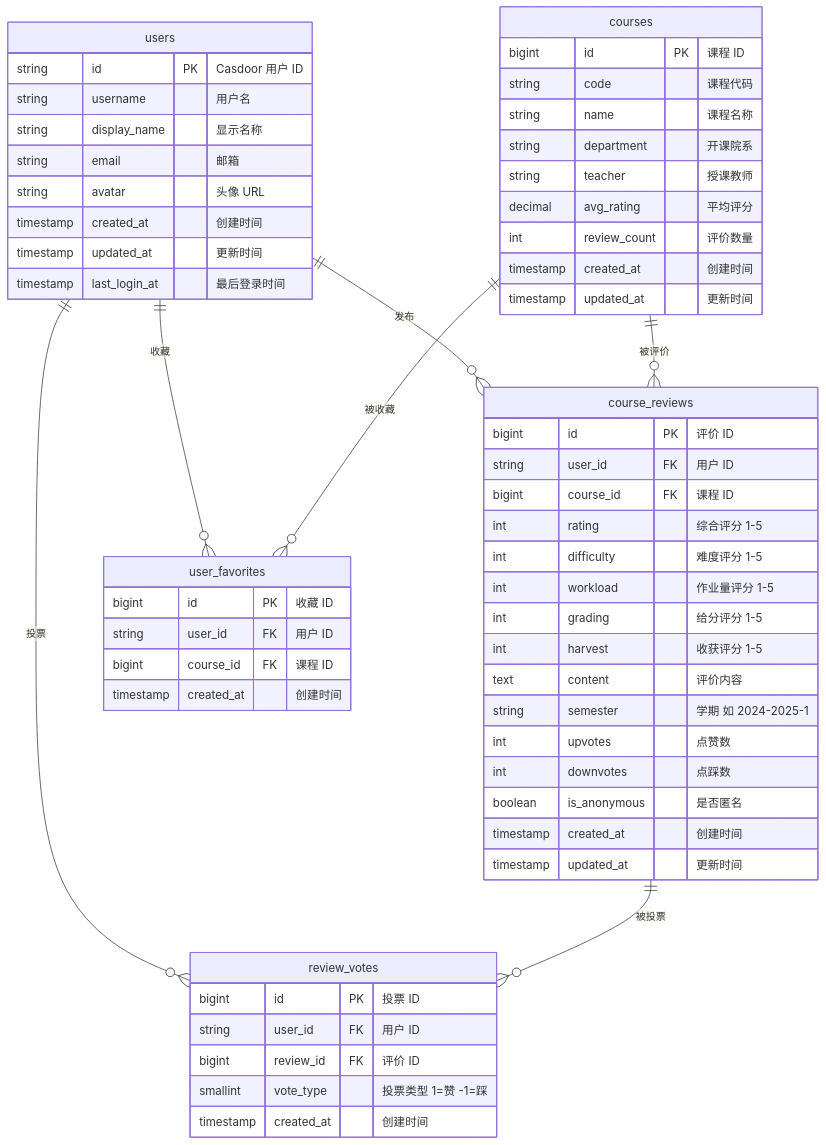
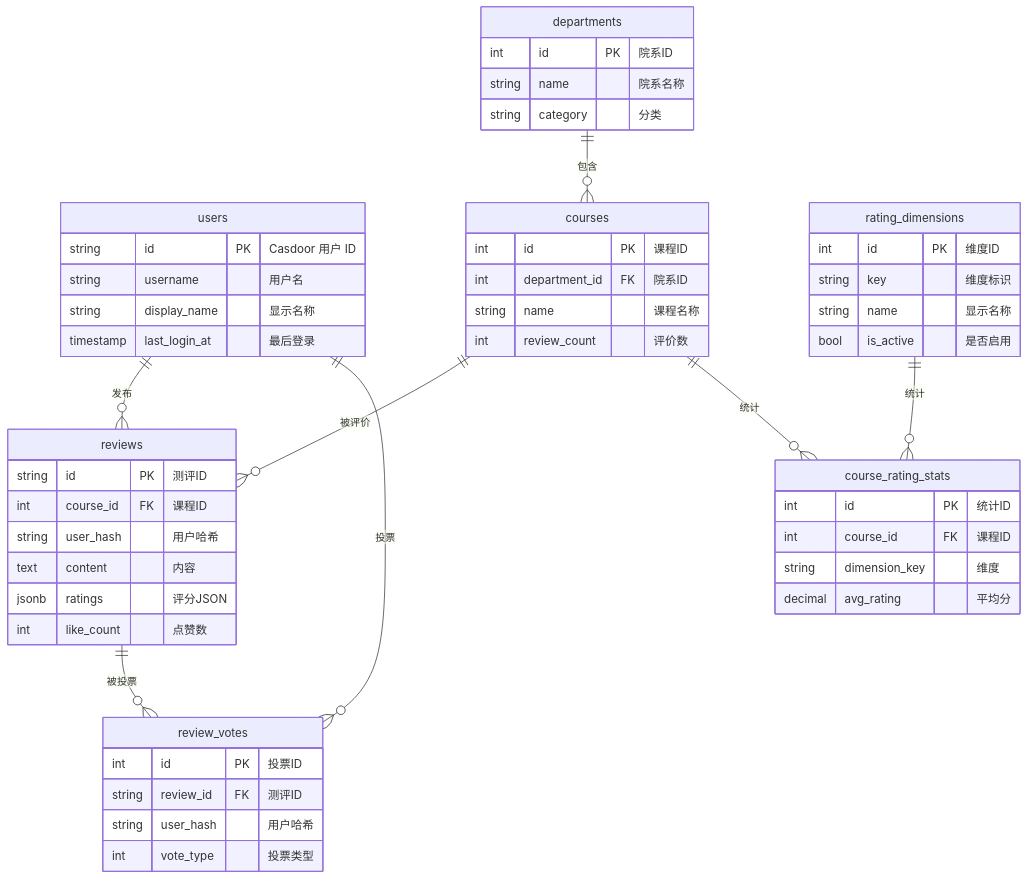
One commit to StuHelper/StuHelper changed the diagram in docs/database/schema.md. Above: the diagram before and after it, drawn with Mermaid. The commit also changed other lines of this file and 5 other files, not shown here.

````diff
--- a/docs/database/schema.md
+++ b/docs/database/schema.md
@@ -11,65 +11,60 @@
 ```mermaid
 erDiagram
-    users ||--o{ course_reviews : "发布"
+    users ||--o{ reviews : "发布"
     users ||--o{ review_votes : "投票"
-    users ||--o{ user_favorites : "收藏"
-    courses ||--o{ course_reviews : "被评价"
-    courses ||--o{ user_favorites : "被收藏"
-    course_reviews ||--o{ review_votes : "被投票"
+    departments ||--o{ courses : "包含"
+    courses ||--o{ reviews : "被评价"
+    reviews ||--o{ review_votes : "被投票"
+    rating_dimensions ||--o{ course_rating_stats : "统计"
+    courses ||--o{ course_rating_stats : "统计"
 
     users {
         string id PK "Casdoor 用户 ID"
         string username "用户名"
         string display_name "显示名称"
-        string email "邮箱"
-        string avatar "头像 URL"
-        timestamp created_at "创建时间"
-        timestamp updated_at "更新时间"
-        timestamp last_login_at "最后登录时间"
+        timestamp last_login_at "最后登录"
+    }
+
+    rating_dimensions {
+        int id PK "维度ID"
+        string key "维度标识"
+        string name "显示名称"
+        bool is_active "是否启用"
+    }
+
+    departments {
+        int id PK "院系ID"
+        string name "院系名称"
+        string category "分类"
     }
 
     courses {
-        bigint id PK "课程 ID"
-        string code "课程代码"
+        int id PK "课程ID"
+        int department_id FK "院系ID"
         string name "课程名称"
-        string department "开课院系"
-        string teacher "授课教师"
-        decimal avg_rating "平均评分"
-        int review_count "评价数量"
-        timestamp created_at "创建时间"
-        timestamp updated_at "更新时间"
+        int review_count "评价数"
     }
 
-    course_reviews {
-        bigint id PK "评价 ID"
-        string user_id FK "用户 ID"
-        bigint course_id FK "课程 ID"
-        int rating "综合评分 1-5"
-        int difficulty "难度评分 1-5"
-        int workload "作业量评分 1-5"
-        int grading "给分评分 1-5"
-        int harvest "收获评分 1-5"
-        text content "评价内容"
-        string semester "学期 如 2024-2025-1"
-        int upvotes "点赞数"
-        int downvotes "点踩数"
-        boolean is_anonymous "是否匿名"
-        timestamp created_at "创建时间"
-        timestamp updated_at "更新时间"
+    reviews {
+        string id PK "测评ID"
+        int course_id FK "课程ID"
+        string user_hash "用户哈希"
+        text content "内容"
+        jsonb ratings "评分JSON"
+        int like_count "点赞数"
     }
 
     review_votes {
-        bigint id PK "投票 ID"
-        string user_id FK "用户 ID"
-        bigint review_id FK "评价 ID"
-        smallint vote_type "投票类型 1=赞 -1=踩"
-        timestamp created_at "创建时间"
+        int id PK "投票ID"
+        string review_id FK "测评ID"
+        string user_hash "用户哈希"
+        int vote_type "投票类型"
     }
 
-    user_favorites {
-        bigint id PK "收藏 ID"
-        string user_id FK "用户 ID"
-        bigint course_id FK "课程 ID"
-        timestamp created_at "创建时间"
+    course_rating_stats {
+        int id PK "统计ID"
+        int course_id FK "课程ID"
+        string dimension_key "维度"
+        decimal avg_rating "平均分"
     }
 ```
````
